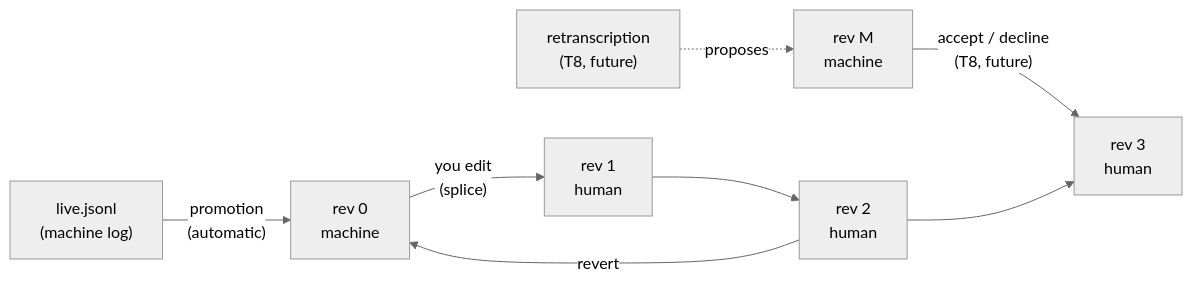
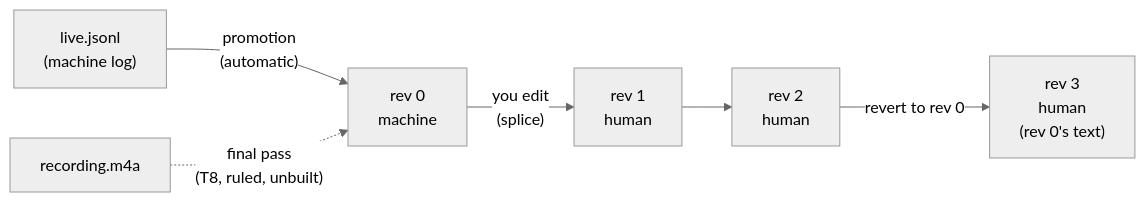
One commit to nicolovejoy/raconte changed the second of 4 diagrams in docs/overview.md. Above: the diagram before and after it, drawn with Mermaid (neutral theme). The commit also changed other lines of this file, not shown here.

````diff
--- a/docs/overview.md
+++ b/docs/overview.md
@@ -147,10 +156,8 @@
 ```mermaid
 flowchart LR
     live["live.jsonl\n(machine log)"] -- "promotion\n(automatic)" --> r0["rev 0\nmachine"]
+    m4a["recording.m4a"] -. "final pass\n(T8, ruled, unbuilt)" .-> r0
     r0 -- "you edit\n(splice)" --> r1["rev 1\nhuman"]
     r1 --> r2["rev 2\nhuman"]
-    r2 -- "revert" --> r0
-    retr["retranscription\n(T8, future)"] -. proposes .-> m2["rev M\nmachine"]
-    m2 -- "accept / decline\n(T8, future)" --> r3["rev 3\nhuman"]
-    r2 --> r3
+    r2 -- "revert to rev 0" --> r3["rev 3\nhuman\n(rev 0's text)"]
 ```
````
